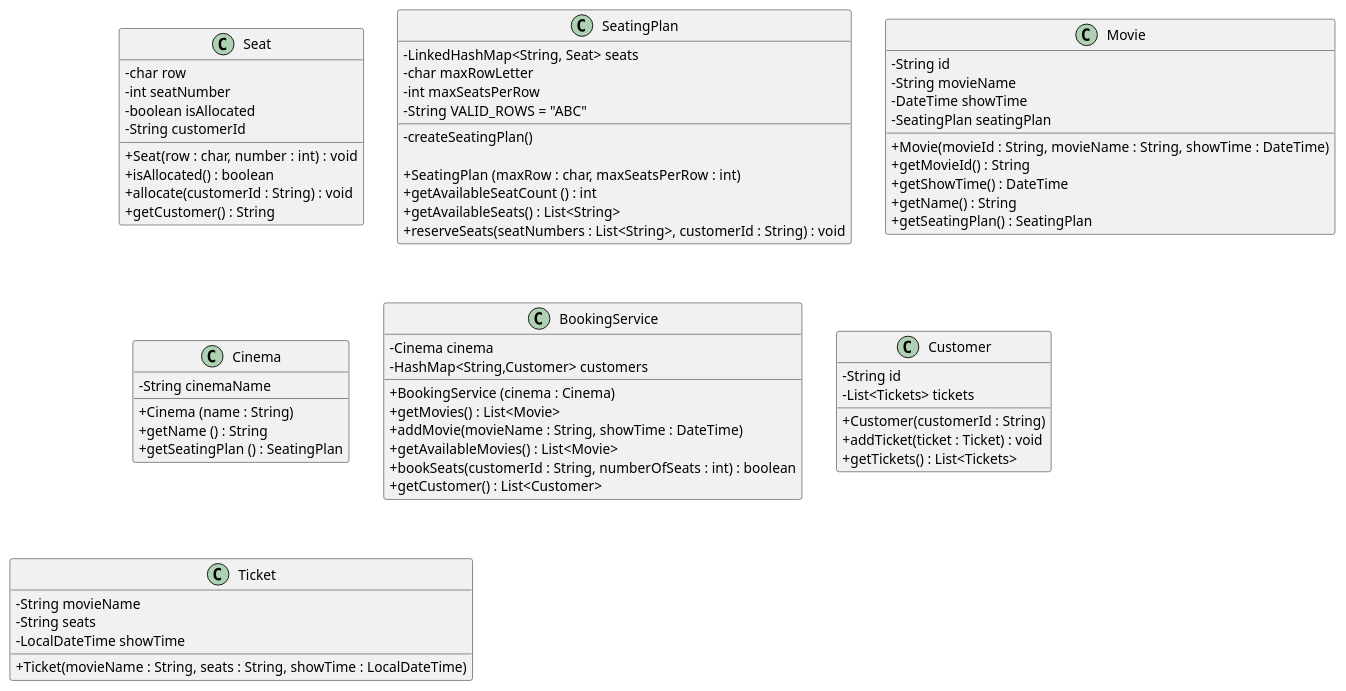
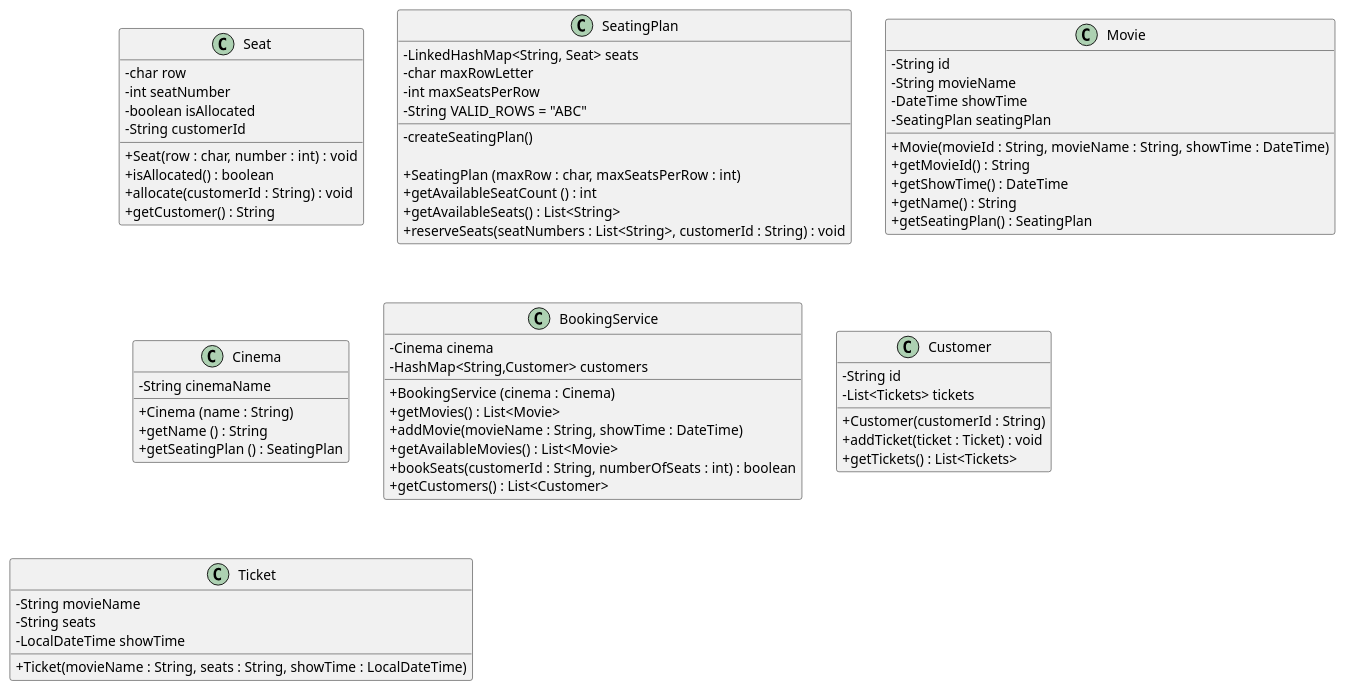
One commit to probert999/cinnamon-cinema changed the diagram in uml/CinnamonCinema.puml. Above: the diagram before and after it, drawn with PlantUML. The commit also changed 8 other files, not shown here.

```diff
--- a/uml/CinnamonCinema.puml
+++ b/uml/CinnamonCinema.puml
@@ -1,81 +1,81 @@
 @startuml
 skinparam classAttributeIconSize 0
 
 class Seat {
     - char row
     - int seatNumber
     - boolean isAllocated
     - String customerId
 
     + Seat(row : char, number : int) : void
     + isAllocated() : boolean
     + allocate(customerId : String) : void
     + getCustomer() : String
 }
 
 class SeatingPlan {
     - LinkedHashMap<String, Seat> seats
     - char maxRowLetter
     - int maxSeatsPerRow
     - String VALID_ROWS = "ABC"
 
     - createSeatingPlan()
 
     + SeatingPlan (maxRow : char, maxSeatsPerRow : int)
     + getAvailableSeatCount () : int
     + getAvailableSeats() : List<String>
     + reserveSeats(seatNumbers : List<String>, customerId : String) : void
 }
 
 class Movie {
     - String id
     - String movieName
     - DateTime showTime
     - SeatingPlan seatingPlan
 
     + Movie(movieId : String, movieName : String, showTime : DateTime)
     + getMovieId() : String
     + getShowTime() : DateTime
     + getName() : String
     + getSeatingPlan() : SeatingPlan
 }
 
 class Cinema {
     - String cinemaName
 
     + Cinema (name : String)
     + getName () : String
     + getSeatingPlan () : SeatingPlan
 }
 
 class BookingService {
     - Cinema cinema
     - HashMap<String,Customer> customers
 
     + BookingService (cinema : Cinema)
     + getMovies() : List<Movie>
     + addMovie(movieName : String, showTime : DateTime)
     + getAvailableMovies() : List<Movie>
     + bookSeats(customerId : String, numberOfSeats : int) : boolean
-    + getCustomer() : List<Customer>
+    + getCustomers() : List<Customer>
 }
 
 class Customer {
     - String id
     - List<Tickets> tickets
 
     + Customer(customerId : String)
     + addTicket(ticket : Ticket) : void
     + getTickets() : List<Tickets>
 }
 
 class Ticket {
     - String movieName
     - String seats
     - LocalDateTime showTime
 
     + Ticket(movieName : String, seats : String, showTime : LocalDateTime)
     }
 
 
 @enduml
```
